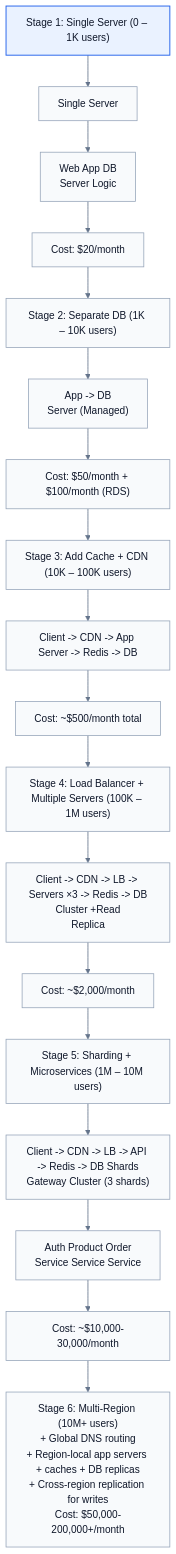
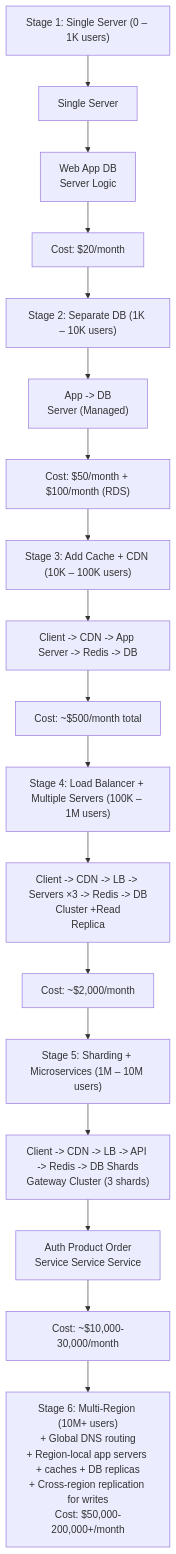
The tenth of 17 diagrams in 01-fundamentals/05-scalability.md (shivaram0583/system-design), drawn with Mermaid before and after one commit. The commit also changed other lines of this file and 64 other files, not shown here.

````diff
--- a/01-fundamentals/05-scalability.md
+++ b/01-fundamentals/05-scalability.md
@@ -391,59 +320,38 @@
 ```mermaid
 flowchart TB
-    classDef primary fill:#eaf2ff,stroke:#2563eb,stroke-width:1.5px,color:#0f172a;
-    classDef secondary fill:#f8fafc,stroke:#94a3b8,stroke-width:1.2px,color:#0f172a;
-    linkStyle default stroke:#64748b,stroke-width:1.3px;
     N0["Stage 1: Single Server (0 – 1K users)"]
-    class N0 primary
     N1["Single Server"]
-    class N1 secondary
     N2["Web App DB<br/>Server Logic"]
-    class N2 secondary
     N3["Cost: $20/month"]
-    class N3 secondary
     N4["Stage 2: Separate DB (1K – 10K users)"]
-    class N4 secondary
     N5["App -&gt; DB<br/>Server (Managed)"]
-    class N5 secondary
     N6["Cost: $50/month + $100/month (RDS)"]
-    class N6 secondary
     N7["Stage 3: Add Cache + CDN (10K – 100K users)"]
-    class N7 secondary
     N8["Client -&gt; CDN -&gt; App Server -&gt; Redis -&gt; DB"]
-    class N8 secondary
     N9["Cost: ~$500/month total"]
-    class N9 secondary
     N10["Stage 4: Load Balancer + Multiple Servers (100K – 1M users)"]
-    class N10 secondary
     N11["Client -&gt; CDN -&gt; LB -&gt; Servers ×3 -&gt; Redis -&gt; DB<br/>Cluster +Read<br/>Replica"]
-    class N11 secondary
     N12["Cost: ~$2,000/month"]
-    class N12 secondary
     N13["Stage 5: Sharding + Microservices (1M – 10M users)"]
-    class N13 secondary
     N14["Client -&gt; CDN -&gt; LB -&gt; API -&gt; Redis -&gt; DB Shards<br/>Gateway Cluster (3 shards)"]
-    class N14 secondary
     N15["Auth Product Order<br/>Service Service Service"]
-    class N15 secondary
     N16["Cost: ~$10,000-30,000/month"]
-    class N16 secondary
     N17["Stage 6: Multi-Region (10M+ users)<br/>+ Global DNS routing<br/>+ Region-local app servers + caches + DB replicas<br/>+ Cross-region replication for writes<br/>Cost: $50,000-200,000+/month"]
-    class N17 secondary
     N0 --> N1
     N1 --> N2
     N2 --> N3
     N3 --> N4
     N4 --> N5
     N5 --> N6
     N6 --> N7
     N7 --> N8
     N8 --> N9
     N9 --> N10
     N10 --> N11
     N11 --> N12
     N12 --> N13
     N13 --> N14
     N14 --> N15
     N15 --> N16
     N16 --> N17
 ```
````
